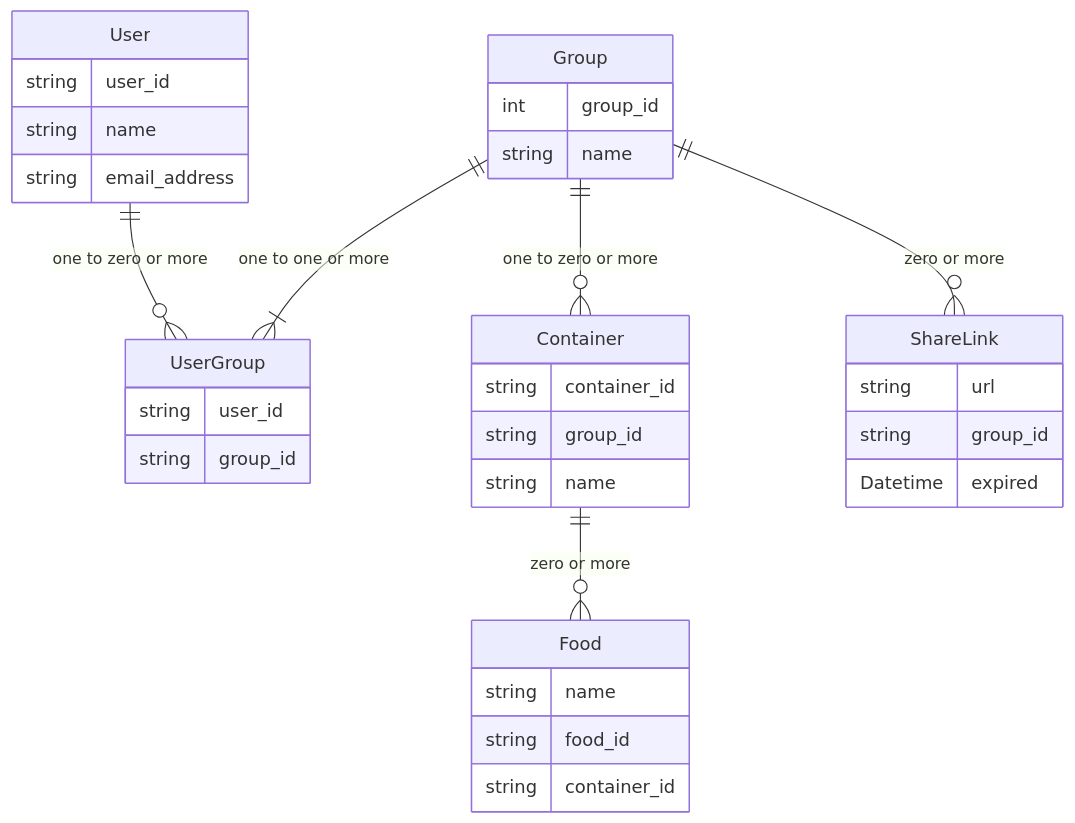
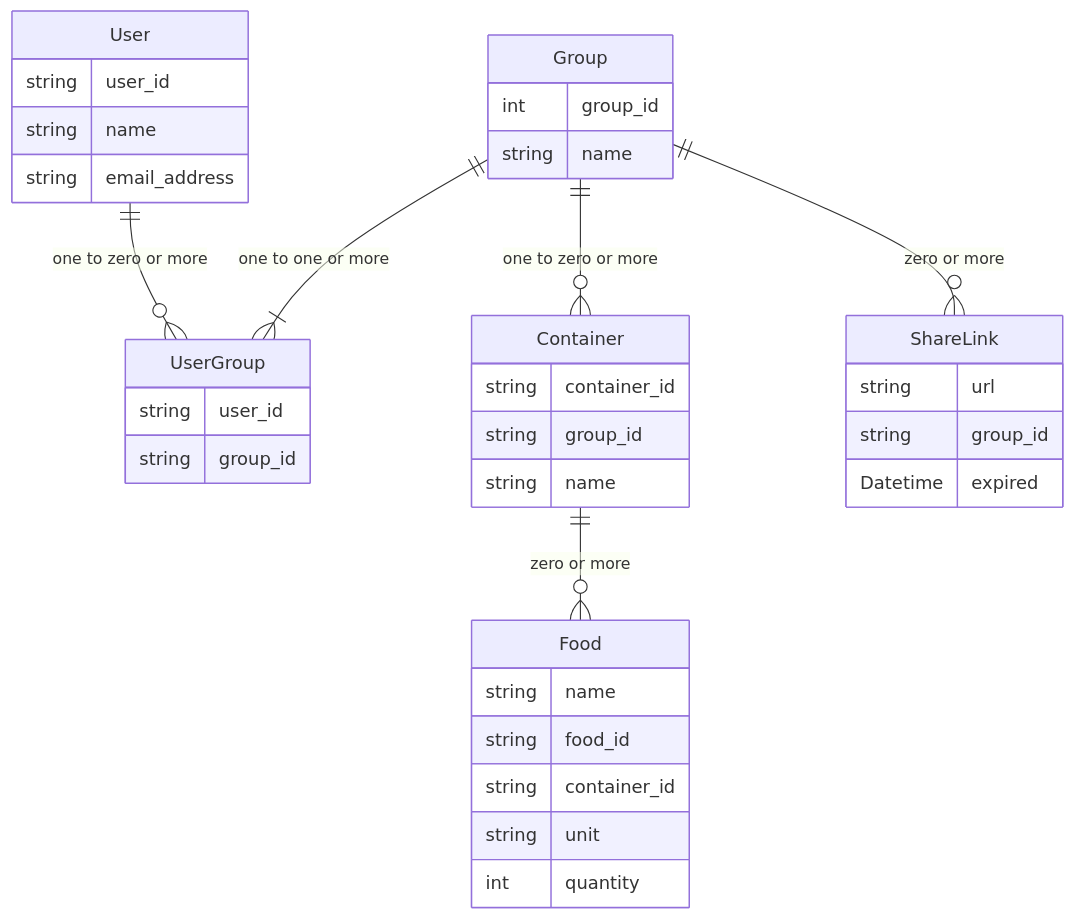
The diagram in project-document/docs/er-diagram/er-diagram.md (nishiki-tech/nishiki-documents), drawn with Mermaid before and after one commit. The commit also changed 1 other file, not shown here.

Commit message:
modify: document about food especially unit

````diff
--- a/project-document/docs/er-diagram/er-diagram.md
+++ b/project-document/docs/er-diagram/er-diagram.md
@@ -3,45 +3,47 @@
 ```mermaid
 erDiagram
 
 User {
     string user_id
     string name
     string email_address
 }
 
 UserGroup {
     string user_id
     string group_id
 }
 
 Group {
     int group_id
     string name
 }
 
 Container {
     string container_id
     string group_id
     string name
 }
 
 Food {
     string name
     string food_id
     string container_id
+    string unit
+    int quantity
 }
 
 ShareLink {
     string url
     string group_id
     Datetime expired
 }
 
 User ||--o{ UserGroup : "one to zero or more"
 Group ||--|{ UserGroup : "one to one or more"
 Group ||--o{ Container : "one to zero or more"
 Container ||--o{ Food : "zero or more"
 Group ||--o{ ShareLink : "zero or more"
 
 
 ```
````
